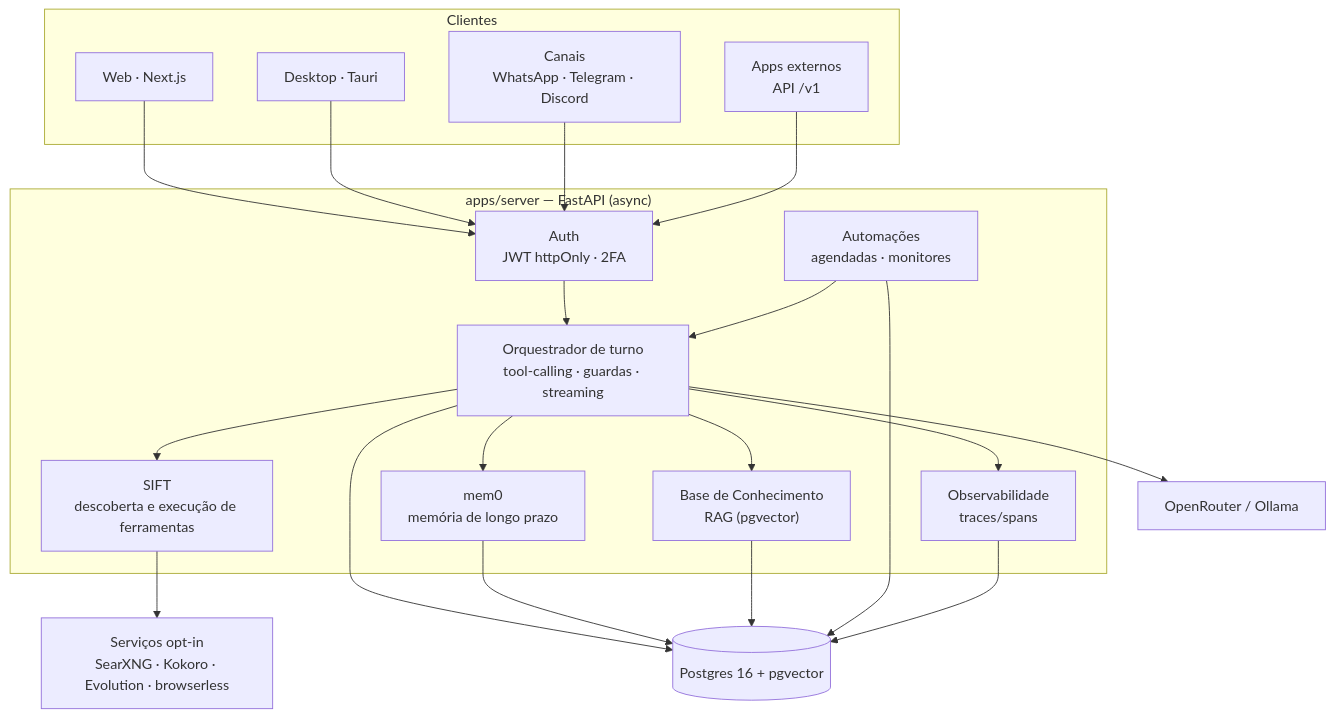
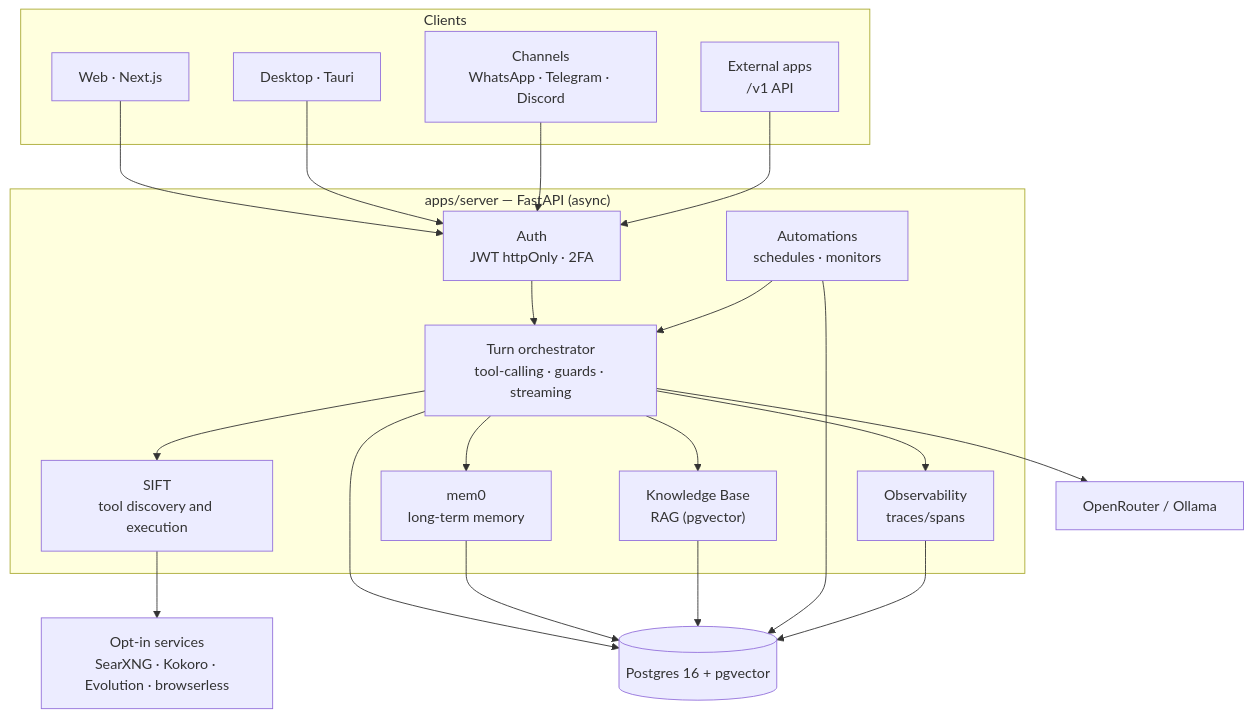
The first of 2 diagrams in docs/architecture.md (Victor-Alves0/AI-Workspace), drawn with Mermaid before and after one commit. The commit also changed other lines of this file and 11 other files, not shown here.

````diff
--- a/docs/architecture.md
+++ b/docs/architecture.md
@@ -9,30 +9,30 @@
 ```mermaid
 flowchart TB
-    subgraph Clientes
+    subgraph Clients
         W["Web · Next.js"]
         D["Desktop · Tauri"]
-        CH["Canais<br/>WhatsApp · Telegram · Discord"]
-        API["Apps externos<br/>API /v1"]
+        CH["Channels<br/>WhatsApp · Telegram · Discord"]
+        API["External apps<br/>/v1 API"]
     end
 
     subgraph Server["apps/server — FastAPI (async)"]
         AUTH["Auth<br/>JWT httpOnly · 2FA"]
-        ORQ["Orquestrador de turno<br/>tool-calling · guardas · streaming"]
-        SIFT["SIFT<br/>descoberta e execução de ferramentas"]
-        MEM["mem0<br/>memória de longo prazo"]
-        RAG["Base de Conhecimento<br/>RAG (pgvector)"]
-        AUTO["Automações<br/>agendadas · monitores"]
-        OBS["Observabilidade<br/>traces/spans"]
+        ORQ["Turn orchestrator<br/>tool-calling · guards · streaming"]
+        SIFT["SIFT<br/>tool discovery and execution"]
+        MEM["mem0<br/>long-term memory"]
+        RAG["Knowledge Base<br/>RAG (pgvector)"]
+        AUTO["Automations<br/>schedules · monitors"]
+        OBS["Observability<br/>traces/spans"]
     end
 
     DB[("Postgres 16 + pgvector")]
     OR["OpenRouter / Ollama"]
-    EXT["Serviços opt-in<br/>SearXNG · Kokoro · Evolution · browserless"]
+    EXT["Opt-in services<br/>SearXNG · Kokoro · Evolution · browserless"]
 
     W & D & CH & API --> AUTH --> ORQ
     ORQ --> SIFT & MEM & RAG & OBS
     ORQ --> OR
     SIFT --> EXT
     AUTO --> ORQ
     ORQ & MEM & RAG & AUTO & OBS --> DB
 ```
````
